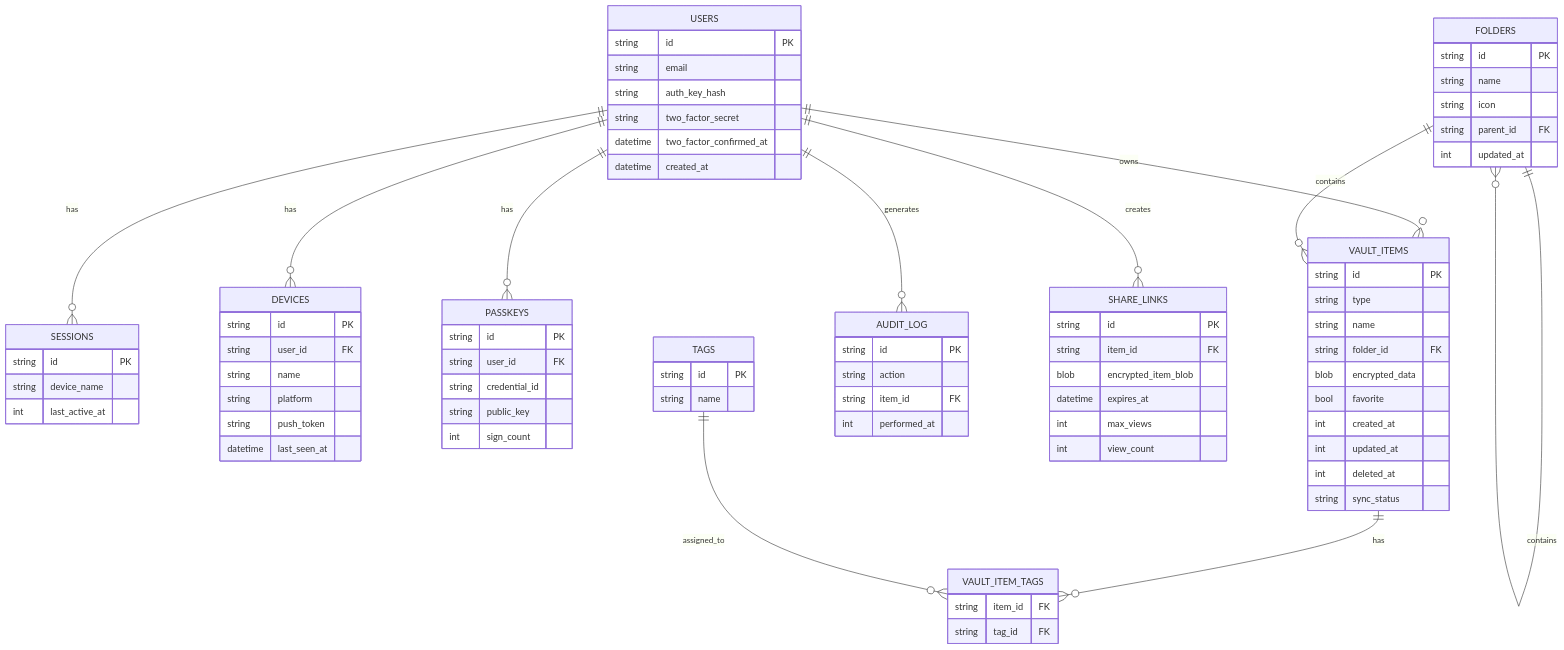
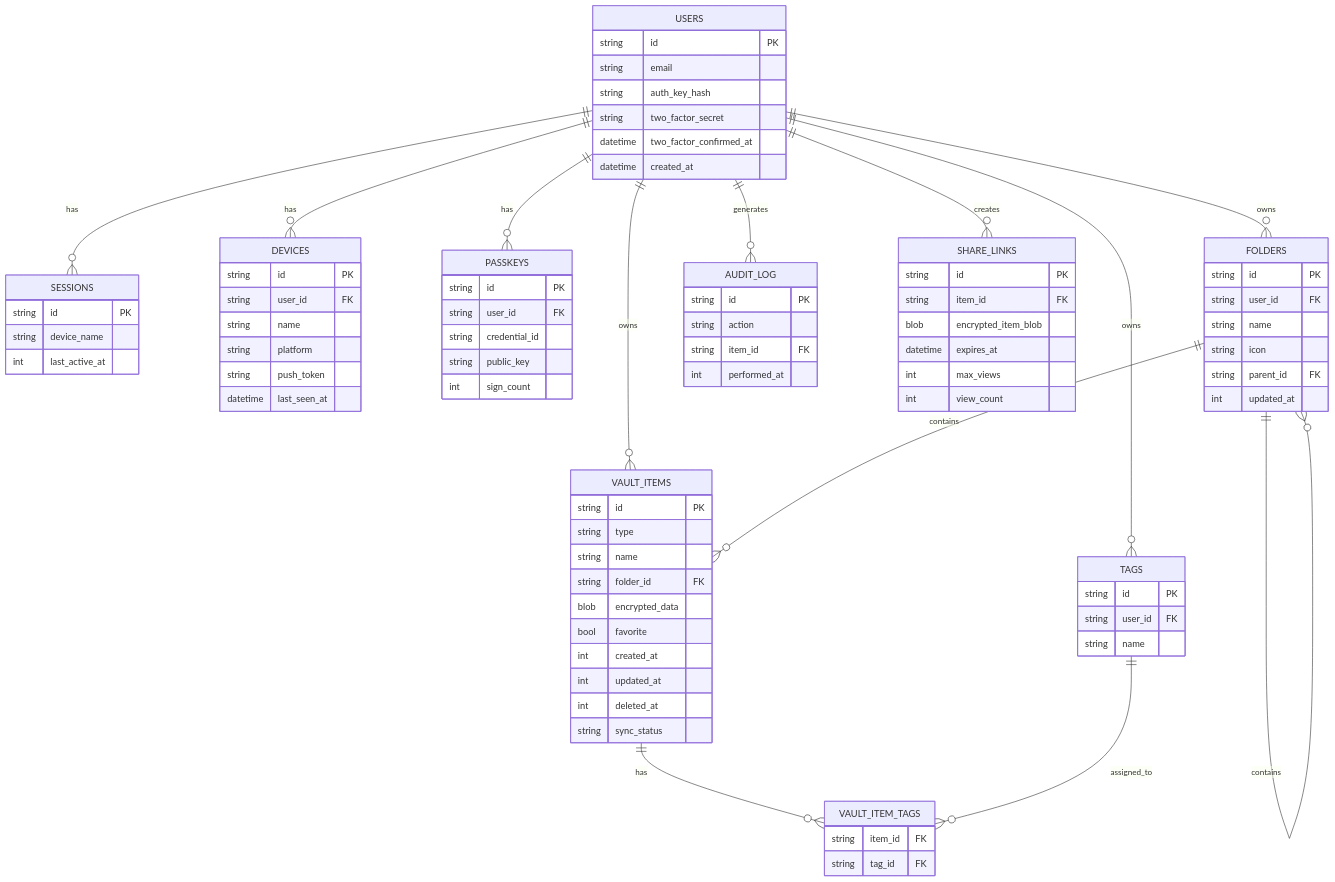
The second of 13 diagrams in docs/DIAGRAMS.md (abhay-byte/truvalt), drawn with Mermaid before and after one commit. The commit also changed 25 other files, not shown here.

First line of the commit message:
feat: [TASK-001, TASK-002] Initialize Laravel backend with database schema

```diff
--- a/docs/DIAGRAMS.md
+++ b/docs/DIAGRAMS.md
@@ -61,6 +61,8 @@
     USERS ||--o{ DEVICES : has
     USERS ||--o{ PASSKEYS : has
     USERS ||--o{ VAULT_ITEMS : owns
+    USERS ||--o{ FOLDERS : owns
+    USERS ||--o{ TAGS : owns
     USERS ||--o{ AUDIT_LOG : generates
     USERS ||--o{ SHARE_LINKS : creates
     VAULT_ITEMS ||--o{ VAULT_ITEM_TAGS : has
@@ -92,6 +94,7 @@
     
     FOLDERS {
         string id PK
+        string user_id FK
         string name
         string icon
         string parent_id FK
@@ -100,6 +103,7 @@
     
     TAGS {
         string id PK
+        string user_id FK
         string name
     }
     
```
